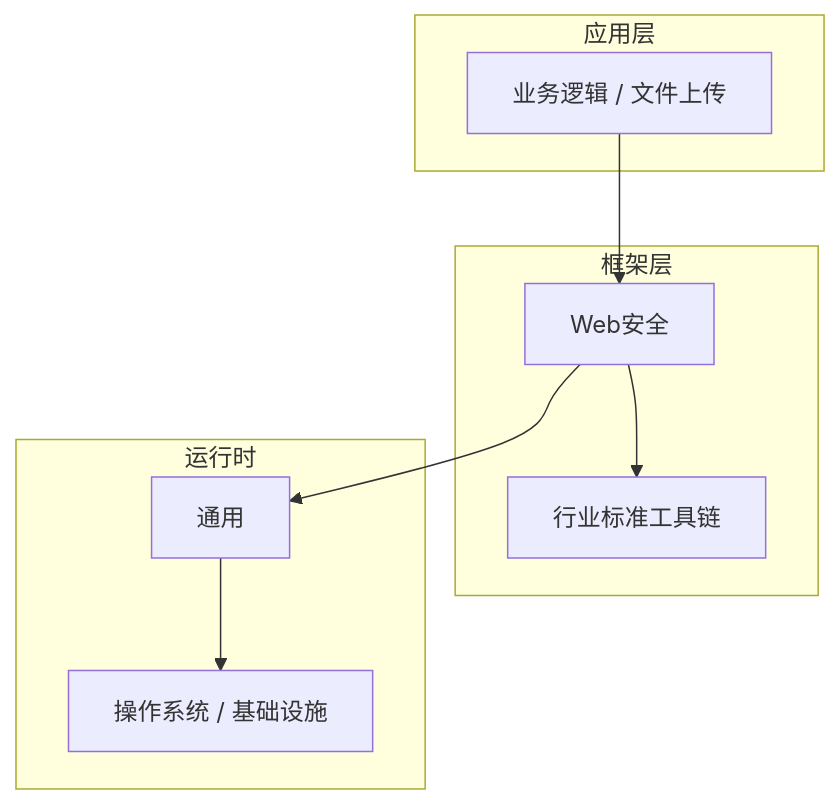
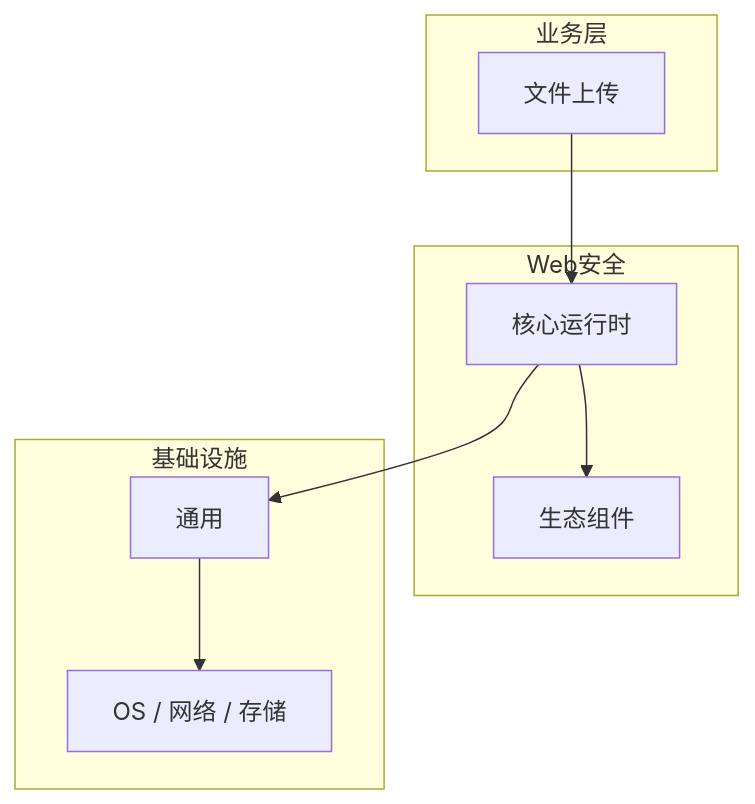
The diagram in articles/Web安全/chapters/031-文件上传核心概念与原理.md (yanggan2015/knowledge-json-v2), drawn with Mermaid before and after one commit. The commit also changed other lines of this file and 10127 other files, not shown here.

````diff
--- a/articles/Web安全/chapters/031-文件上传核心概念与原理.md
+++ b/articles/Web安全/chapters/031-文件上传核心概念与原理.md
@@ -46,18 +31,18 @@
 ```mermaid
 graph TB
-    subgraph 应用层
-        A[业务逻辑 / 文件上传]
+    subgraph 业务层
+        A[文件上传]
     end
-    subgraph 框架层
-        B[Web安全]
-        C[行业标准工具链]
+    subgraph Web安全
+        B[核心运行时]
+        C[生态组件]
     end
-    subgraph 运行时
+    subgraph 基础设施
         D[通用]
-        E[操作系统 / 基础设施]
+        E[OS / 网络 / 存储]
     end
     A --> B
     B --> C
     B --> D
     D --> E
 ```
````
